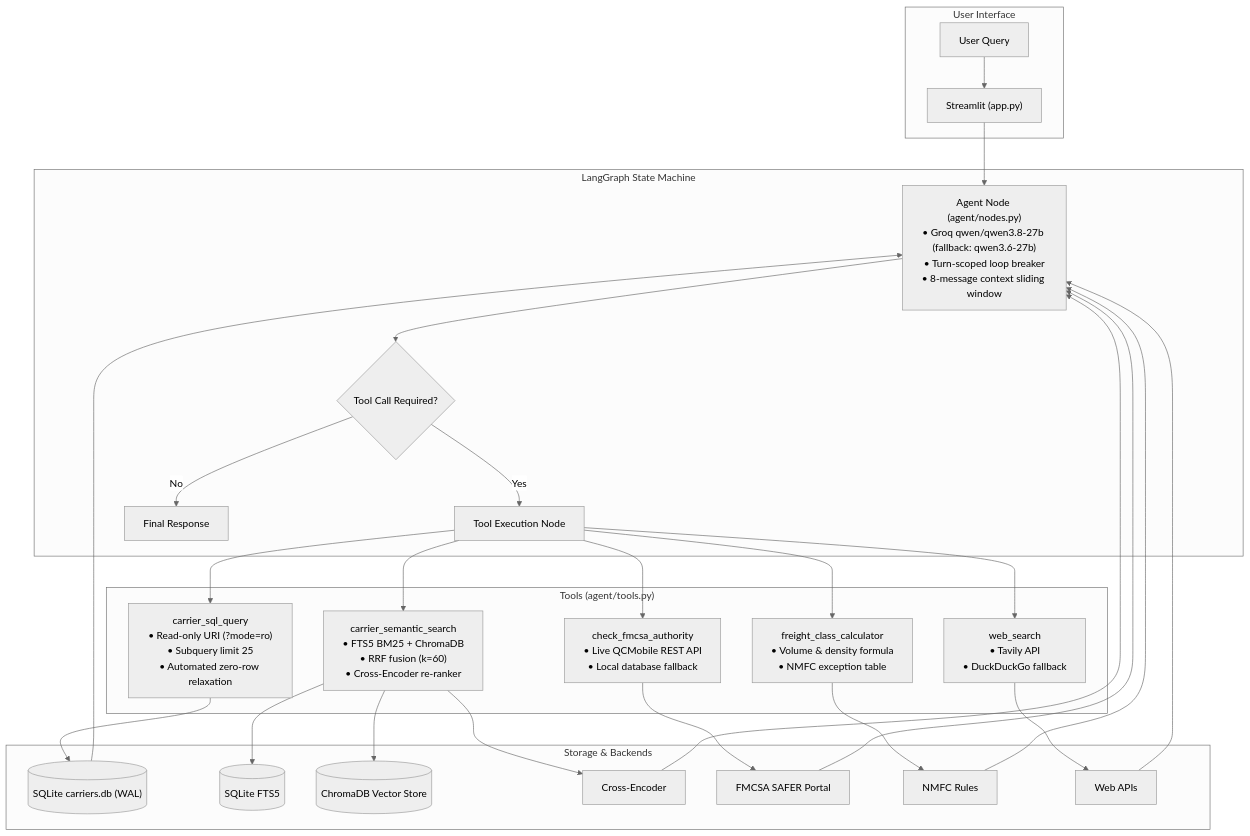
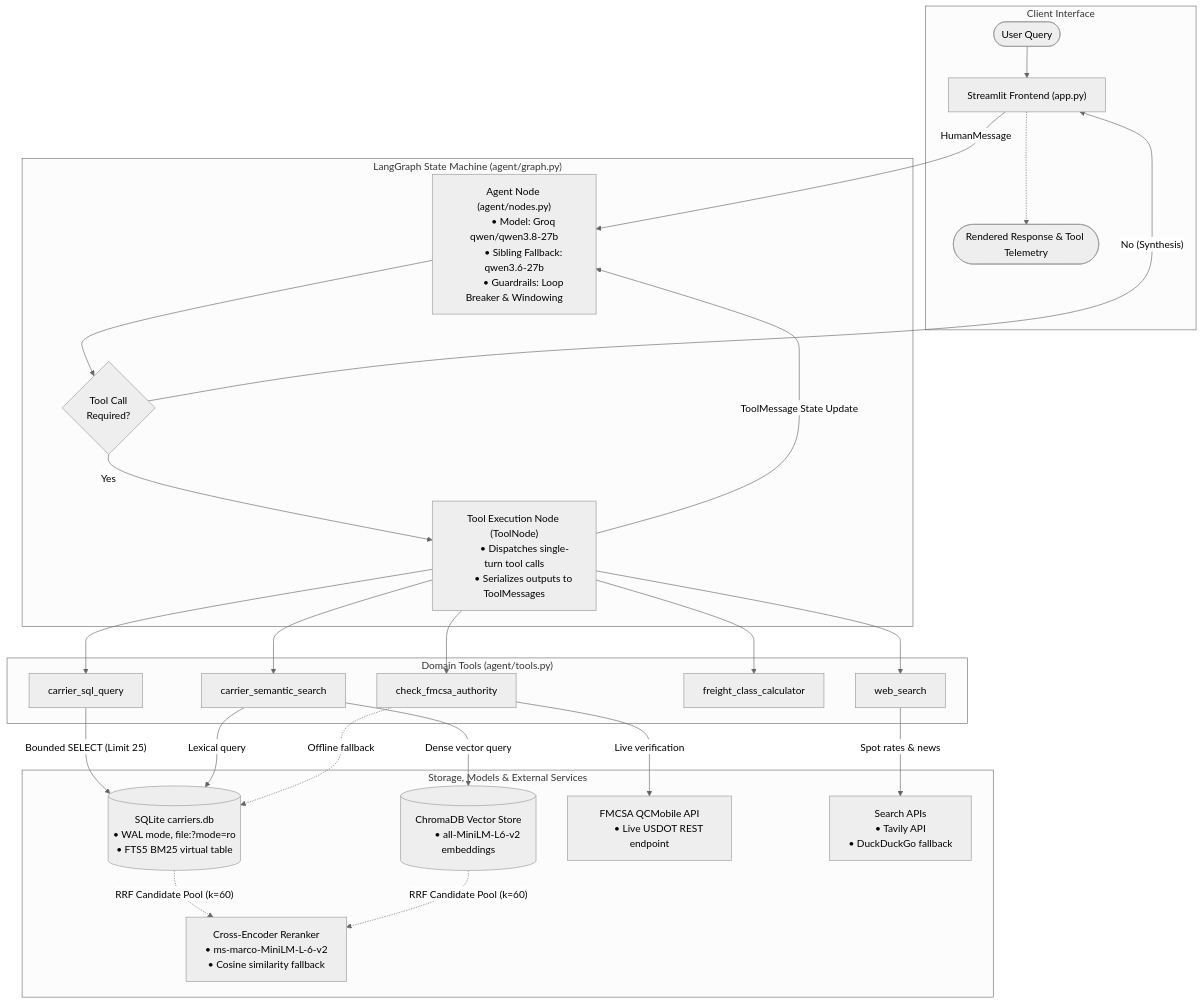
The diagram in README.md (yyouretoast/freightiq), drawn with Mermaid (neutral theme) before and after one commit.

Commit message:
docs(readme): overhaul architecture Mermaid diagram to reflect state machine topology, RRF neural pipeline, and live backends

````diff
--- a/README.md
+++ b/README.md
@@ -67,52 +67,61 @@
 ```mermaid
 flowchart TD
-    subgraph UI ["User Interface"]
-        User["User Query"] --> Streamlit["Streamlit (app.py)"]
+    subgraph UI ["Client Interface"]
+        User(["User Query"]) --> App["Streamlit Frontend (app.py)"]
+        App -.-> Return(["Rendered Response & Tool Telemetry"])
     end
 
-    subgraph Orchestrator ["LangGraph State Machine"]
-        Streamlit --> Agent["Agent Node (agent/nodes.py)
-• Groq qwen/qwen3.8-27b (fallback: qwen3.6-27b)
-• Turn-scoped loop breaker
-• 8-message context sliding window"]
-        Agent --> Router{"Tool Call Required?"}
-        Router -- "Yes" --> ToolNode["Tool Execution Node"]
-        Router -- "No" --> Output["Final Response"]
+    subgraph LangGraph ["LangGraph State Machine (agent/graph.py)"]
+        AgentNode["Agent Node (agent/nodes.py)
+        • Model: Groq qwen/qwen3.8-27b
+        • Sibling Fallback: qwen3.6-27b
+        • Guardrails: Loop Breaker & Windowing"]
+
+        Router{"Tool Call
+        Required?"}
+
+        ToolNode["Tool Execution Node (ToolNode)
+        • Dispatches single-turn tool calls
+        • Serializes outputs to ToolMessages"]
+
+        AgentNode --> Router
+        Router -- "Yes" --> ToolNode
+        ToolNode -- "ToolMessage State Update" --> AgentNode
+        Router -- "No (Synthesis)" --> App
     end
 
-    subgraph Tools ["Tools (agent/tools.py)"]
-        ToolNode --> T1["carrier_sql_query
-• Read-only URI (?mode=ro)
-• Subquery limit 25
-• Automated zero-row relaxation"]
-        ToolNode --> T2["carrier_semantic_search
-• FTS5 BM25 + ChromaDB
-• RRF fusion (k=60)
-• Cross-Encoder re-ranker"]
-        ToolNode --> T3["check_fmcsa_authority
-• Live QCMobile REST API
-• Local database fallback"]
-        ToolNode --> T4["freight_class_calculator
-• Volume & density formula
-• NMFC exception table"]
-        ToolNode --> T5["web_search
-• Tavily API
-• DuckDuckGo fallback"]
+    subgraph Tools ["Domain Tools (agent/tools.py)"]
+        ToolNode --> T1["carrier_sql_query"]
+        ToolNode --> T2["carrier_semantic_search"]
+        ToolNode --> T3["check_fmcsa_authority"]
+        ToolNode --> T4["freight_class_calculator"]
+        ToolNode --> T5["web_search"]
     end
 
-    subgraph Data ["Storage & Backends"]
-        T1 --> DB[("SQLite carriers.db (WAL)")]
-        T2 --> FTS[("SQLite FTS5")]
-        T2 --> Chroma[("ChromaDB Vector Store")]
-        T2 --> CrossEnc["Cross-Encoder"]
-        T3 --> SAFER["FMCSA SAFER Portal"]
-        T4 --> Tables["NMFC Rules"]
-        T5 --> Web["Web APIs"]
+    subgraph Data ["Storage, Models & External Services"]
+        SQL[("SQLite carriers.db
+        • WAL mode, file:?mode=ro
+        • FTS5 BM25 virtual table")]
+        Chroma[("ChromaDB Vector Store
+        • all-MiniLM-L6-v2 embeddings")]
+        CrossEnc["Cross-Encoder Reranker
+        • ms-marco-MiniLM-L-6-v2
+        • Cosine similarity fallback"]
+        FMCSA_API["FMCSA QCMobile API
+        • Live USDOT REST endpoint"]
+        Web_API["Search APIs
+        • Tavily API
+        • DuckDuckGo fallback"]
+
+        T1 -->|"Bounded SELECT (Limit 25)"| SQL
+        T2 -->|"Lexical query"| SQL
+        T2 -->|"Dense vector query"| Chroma
+        SQL -.->|"RRF Candidate Pool (k=60)"| CrossEnc
+        Chroma -.->|"RRF Candidate Pool (k=60)"| CrossEnc
+        T3 -->|"Live verification"| FMCSA_API
+        T3 -.->|"Offline fallback"| SQL
+        T5 -->|"Spot rates & news"| Web_API
     end
 
-    DB --> Agent
-    CrossEnc --> Agent
-    SAFER --> Agent
-    Tables --> Agent
-    Web --> Agent
+    App -->|"HumanMessage"| AgentNode
 ```
````
